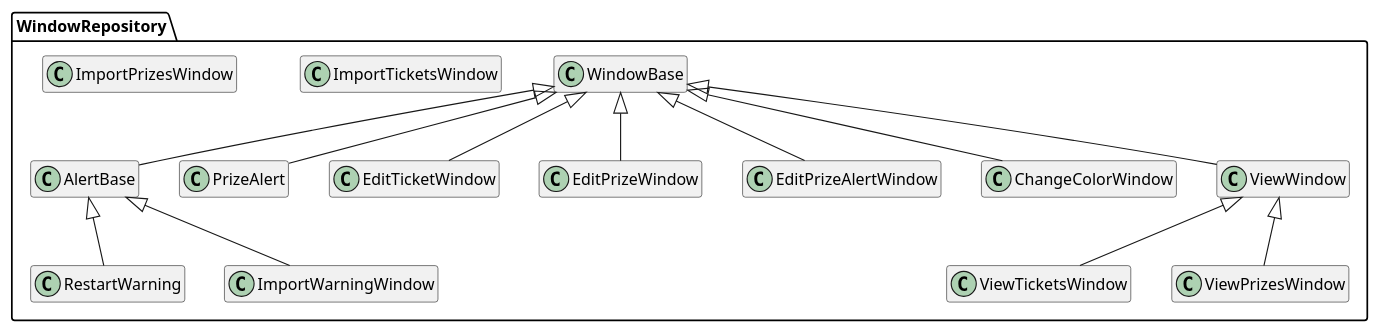
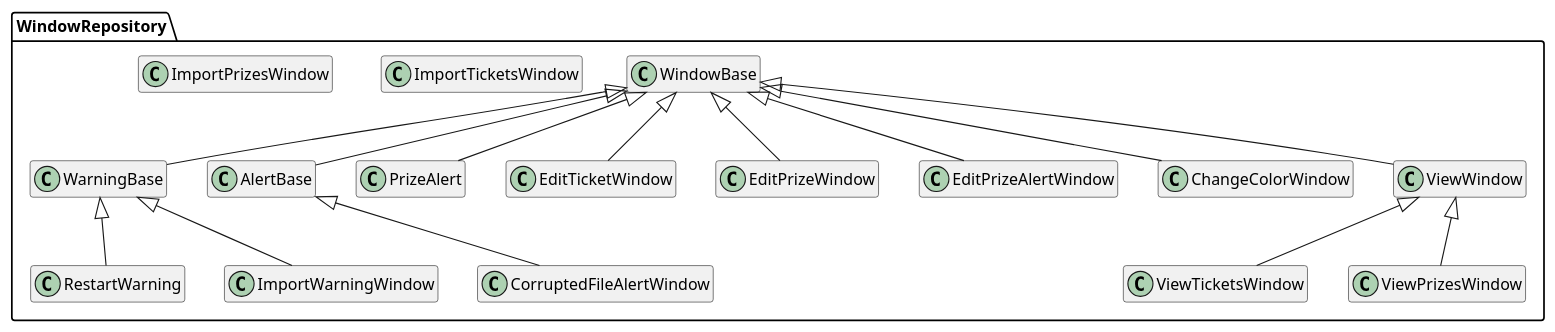
One commit to KaravolisL/AHEPA-Raffle changed the diagram in docs/Windows_HLD.md. Above: the diagram before and after it, drawn with PlantUML. The commit also changed 7 other files, not shown here.

First line of the commit message:
Corrupted File Alert Window (#46)

````diff
--- a/docs/Windows_HLD.md
+++ b/docs/Windows_HLD.md
@@ -3,37 +3,41 @@
 ```plantuml
 
 hide empty members
 
 package WindowRepository {
 
 class WindowBase
+class WarningBase
 class AlertBase
 class PrizeAlert
 class RestartWarning
 class ImportTicketsWindow
 class ImportPrizesWindow
 class EditTicketWindow
 class EditPrizeWindow
 class EditPrizeAlertWindow
 class ChangeColorWindow
 class ViewWindow
 class ViewTicketsWindow
 class ViewPrizesWindow
 
 class ImportWarningWindow
+class CorruptedFileAlertWindow
 
+WindowBase <|-- WarningBase
 WindowBase <|-- AlertBase
 WindowBase <|-- PrizeAlert
 WindowBase <|-- EditTicketWindow
 WindowBase <|-- EditPrizeWindow
 WindowBase <|-- EditPrizeAlertWindow
 WindowBase <|-- ChangeColorWindow
 WindowBase <|-- ViewWindow
 ViewWindow <|-- ViewTicketsWindow
 ViewWindow <|-- ViewPrizesWindow
-AlertBase <|-- RestartWarning
-AlertBase <|-- ImportWarningWindow
+WarningBase <|-- RestartWarning
+WarningBase <|-- ImportWarningWindow
+AlertBase <|-- CorruptedFileAlertWindow
 
 }
 
 ```
````
